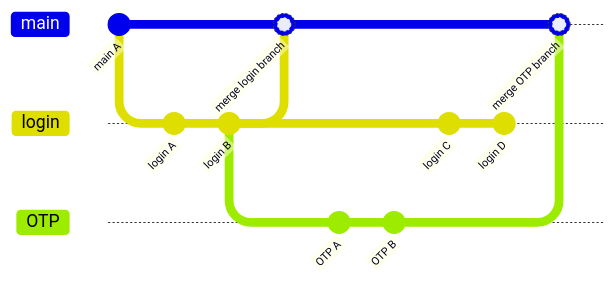
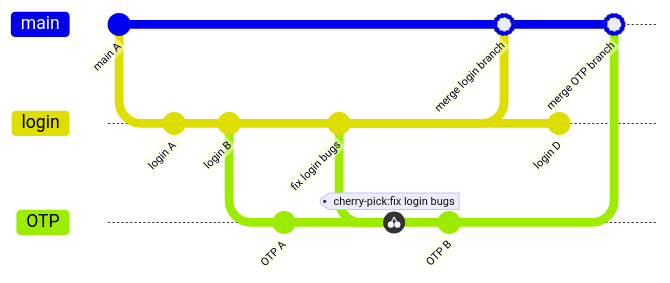
Before and after one commit to ZhenShuo2021/doc: the diagram in docs/docs/01-git/01-preliminaries/01-basic-knowledge/index.md, drawn with Mermaid. The commit also changed other lines of this file and 12 other files, not shown here.

````diff
--- a/docs/docs/01-git/01-preliminaries/01-basic-knowledge/index.md
+++ b/docs/docs/01-git/01-preliminaries/01-basic-knowledge/index.md
@@ -32,23 +32,29 @@
 ```mermaid
 gitGraph
   commit id: "main A"
   checkout main
   branch login
   commit id: "login A"
   commit id: "login B"
 
+
+  checkout login
+  branch OTP
+  commit id: "OTP A"
+
+  checkout login
+  commit id: "fix login bugs"
+
+  checkout OTP
+  cherry-pick id: "fix login bugs"
+  commit id: "OTP B"
+
   checkout main
   merge login id: "merge login branch"
 
   checkout login
-  branch OTP
-  commit id: "OTP A"
-  commit id: "OTP B"
-
-  checkout login
-  commit id: "login C"
   commit id: "login D"
 
   checkout main
   merge OTP id: "merge OTP branch"
 ```
````
